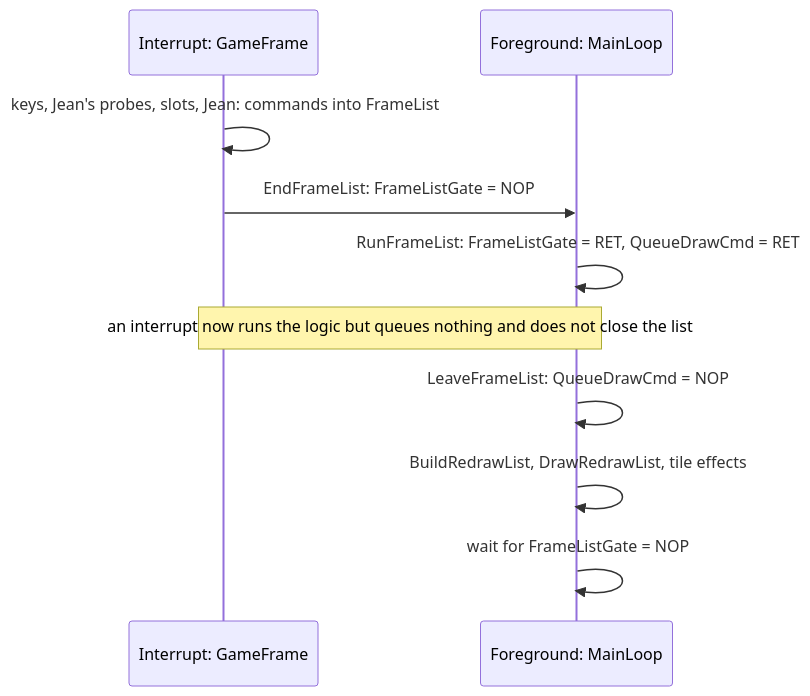
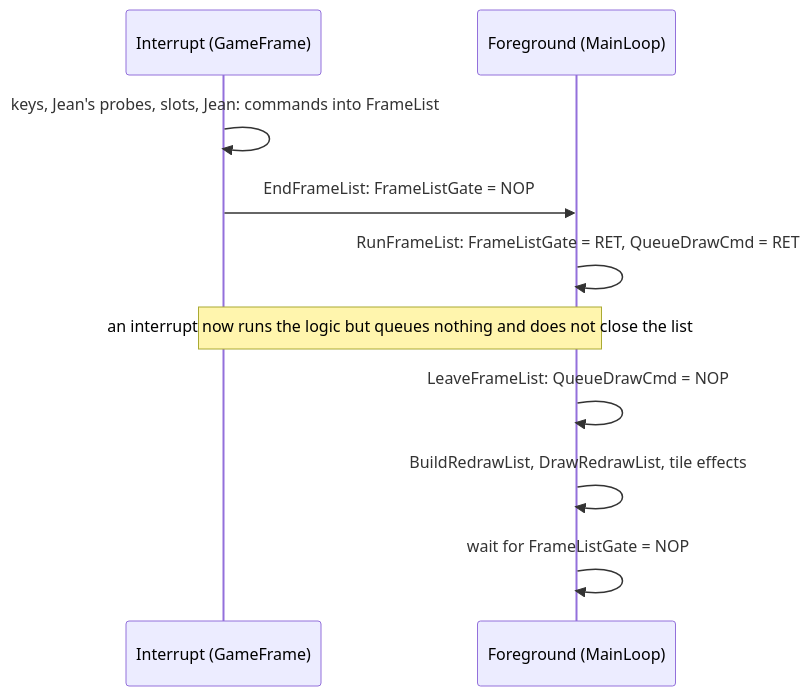
Before and after one commit to ruguevara/zx-reaper: the first of 2 diagrams in examples/abbaye-des-morts/docs/04-game-loop.md, drawn with Mermaid. The commit also changed other lines of this file and 5 other files, not shown here.

````diff
--- a/examples/abbaye-des-morts/docs/04-game-loop.md
+++ b/examples/abbaye-des-morts/docs/04-game-loop.md
@@ -150,12 +152,12 @@
 ```mermaid
 sequenceDiagram
-    participant I as Interrupt: GameFrame
-    participant F as Foreground: MainLoop
+    participant I as Interrupt (GameFrame)
+    participant F as Foreground (MainLoop)
     I->>I: keys, Jean's probes, slots, Jean: commands into FrameList
     I->>F: EndFrameList: FrameListGate = NOP
     F->>F: RunFrameList: FrameListGate = RET, QueueDrawCmd = RET
     Note over I,F: an interrupt now runs the logic but queues nothing and does not close the list
     F->>F: LeaveFrameList: QueueDrawCmd = NOP
     F->>F: BuildRedrawList, DrawRedrawList, tile effects
     F->>F: wait for FrameListGate = NOP
 ```
````
